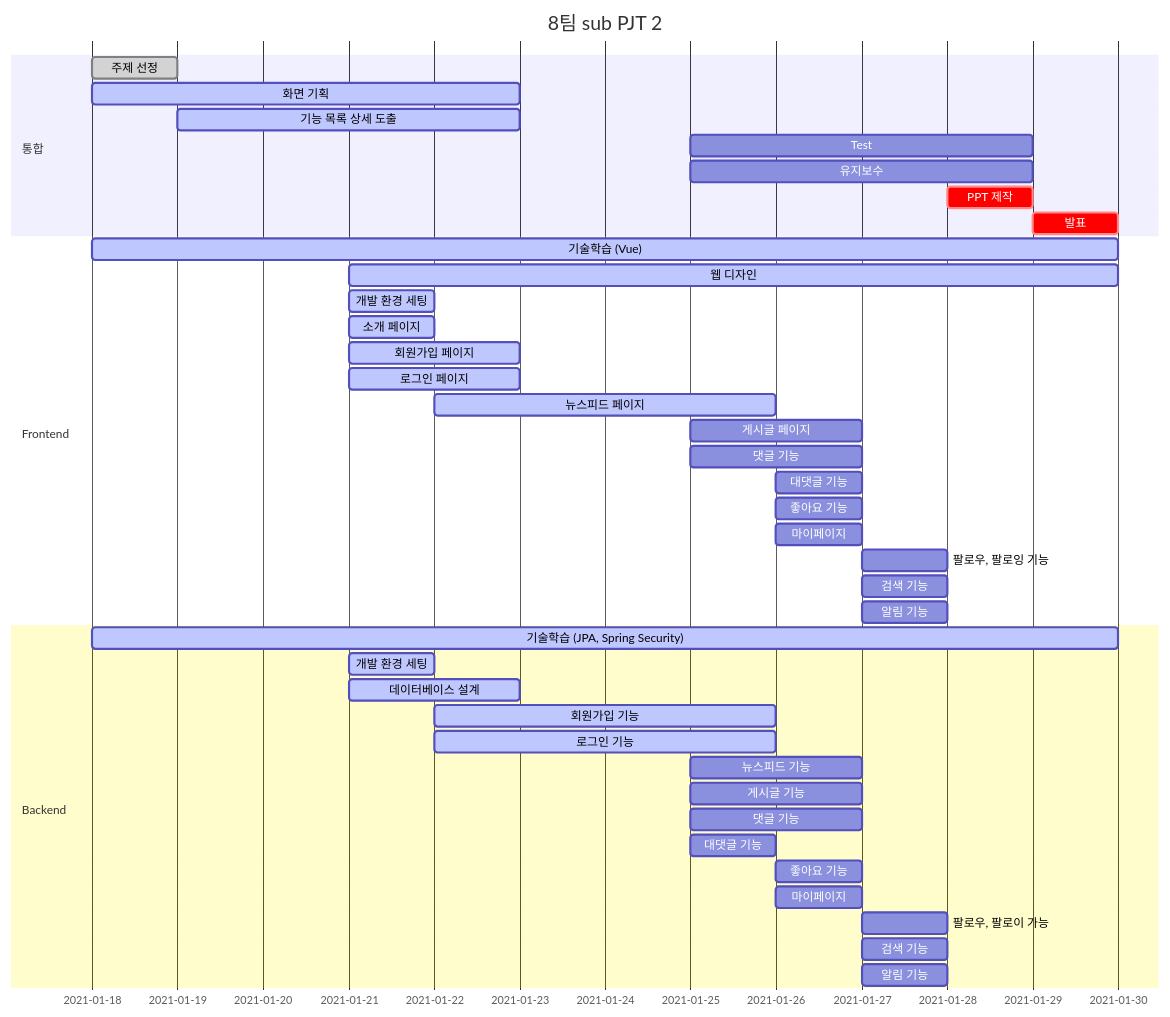
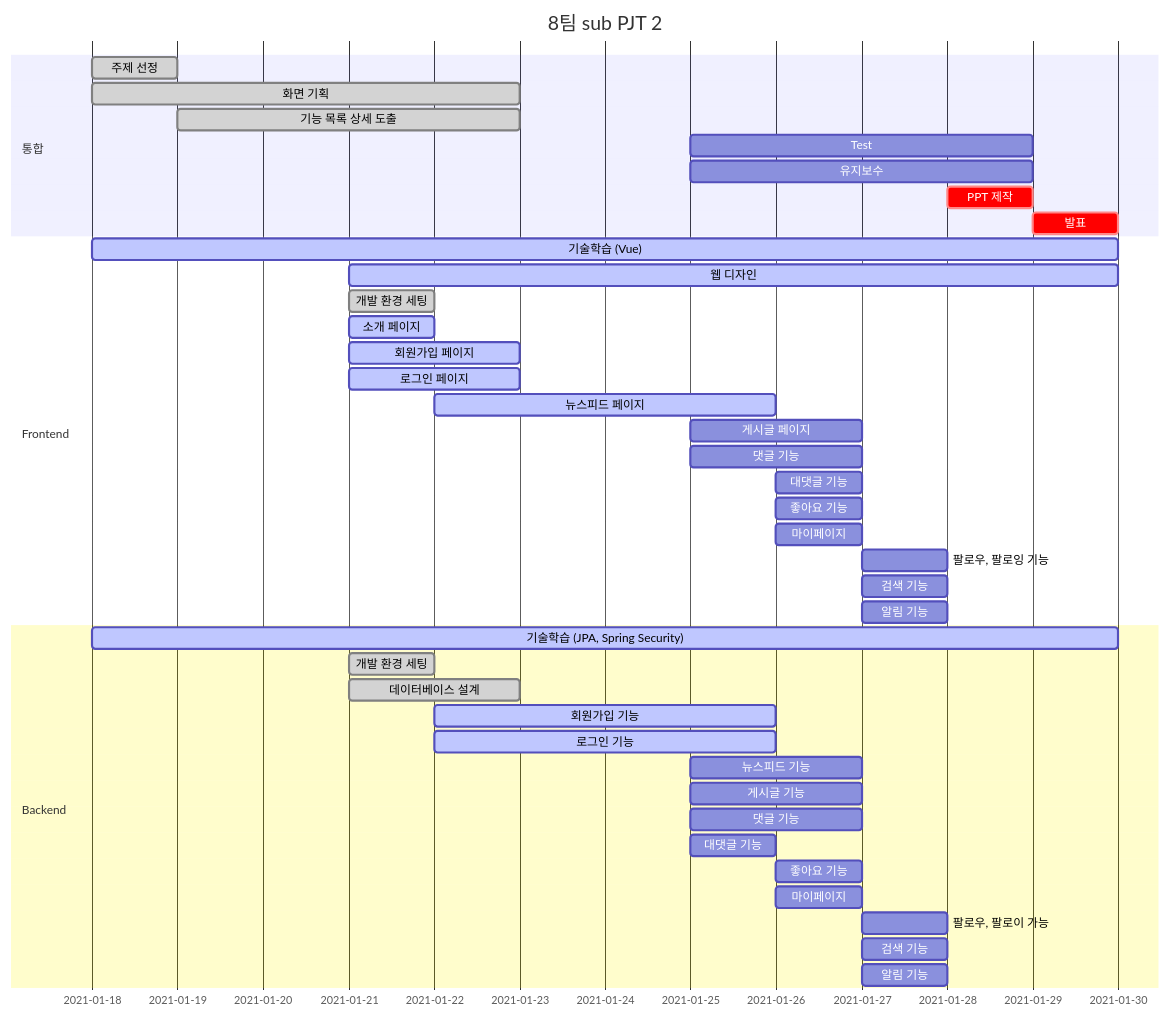
The diagram in README.md (mingddo/3PM), drawn with Mermaid before and after one commit.

````diff
--- a/README.md
+++ b/README.md
@@ -17,47 +17,47 @@
 ```mermaid
 gantt
     dateFormat  YYYY-MM-DD
     title       8팀 sub PJT 2
 
     section 통합
     주제 선정 :done,    2021-01-18, 1d
-    화면 기획 :active,    2021-01-18, 5d
-    기능 목록 상세 도출 :active,  2021-01-19, 4d
+    화면 기획 :done,    2021-01-18, 5d
+    기능 목록 상세 도출 :done,  2021-01-19, 4d
     Test :after, 2021-01-25, 4d
     유지보수 :after, 2021-01-25, 4d
     PPT 제작 :crit, after, 2021-01-28, 1d
     발표 :crit, after, 2021-01-29, 1d
     
     section Frontend
     기술학습 (Vue) :active, 2021-01-18, 12d
     웹 디자인 :active, 2021-01-21, 9d
-    개발 환경 세팅 :active, 2021-01-21, 1d
+    개발 환경 세팅 :done, 2021-01-21, 1d
     소개 페이지 :active, 2021-01-21, 1d
     회원가입 페이지 :active, 2021-01-21, 2d
     로그인 페이지 :active, 2021-01-21, 2d
     뉴스피드 페이지 :active, 2021-01-22, 4d
     게시글 페이지 :after, 2021-01-25, 2d
     댓글 기능 :after, 2021-01-25, 2d
     대댓글 기능 :after, 2021-01-26, 1d
     좋아요 기능 :after, 2021-01-26, 1d
     마이페이지 :after, 2021-01-26, 1d
     팔로우, 팔로잉 기능 :after, 2021-01-27, 1d
     검색 기능 :after, 2021-01-27, 1d
     알림 기능 :after, 2021-01-27, 1d
 
     section Backend
     기술학습 (JPA, Spring Security) :active, 2021-01-18, 12d
-    개발 환경 세팅 :active, 2021-01-21, 1d
-    데이터베이스 설계 :active, 2021-01-21, 2d
+    개발 환경 세팅 :done, 2021-01-21, 1d
+    데이터베이스 설계 :done, 2021-01-21, 2d
     회원가입 기능 :active, 2021-01-22, 4d
     로그인 기능 :active, 2021-01-22, 4d
     뉴스피드 기능 :after, 2021-01-25, 2d
     게시글 기능 :after, 2021-01-25, 2d
     댓글 기능 :after, 2021-01-25, 2d
     대댓글 기능 :after, 2021-01-25, 1d
     좋아요 기능 :after, 2021-01-26, 1d
     마이페이지 :after, 2021-01-26, 1d
     팔로우, 팔로이 가능 :after, 2021-01-27, 1d
     검색 기능 :after, 2021-01-27, 1d
     알림 기능 :after, 2021-01-27, 1d
 ```
````
